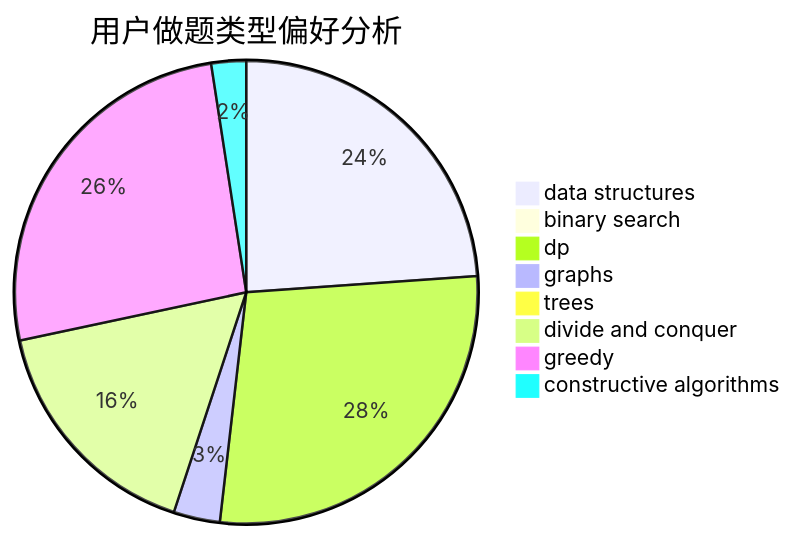
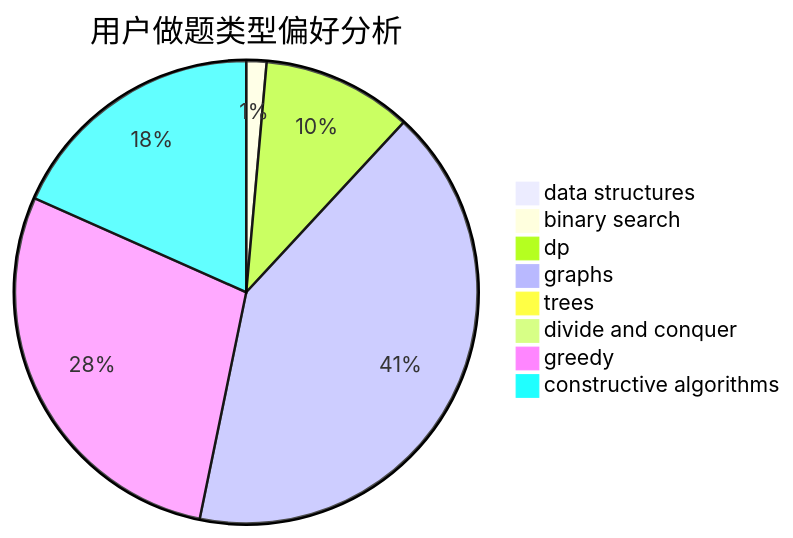
Before and after one commit to sherpahu/cfrs.github.io: the second of 3 diagrams in docs/user/u2115.md, drawn with Mermaid. The commit also changed other lines of this file and 2770 other files, not shown here.

````diff
--- a/docs/user/u2115.md
+++ b/docs/user/u2115.md
@@ -23,11 +23,11 @@
 ```mermaid
 pie title 用户做题类型偏好分析
-    "data structures" :  59
-    "binary search" :  0
-    "dp" :  69
-    "graphs" :  8
-    "trees" :  2
-    "divide and conquer" :  41
-    "greedy" :  64
-    "constructive algorithms" :  6
+    "data structures" :  1
+    "binary search" :  7
+    "dp" :  52
+    "graphs" :  205
+    "trees" :  4
+    "divide and conquer" :  1
+    "greedy" :  141
+    "constructive algorithms" :  91
 ```
````
